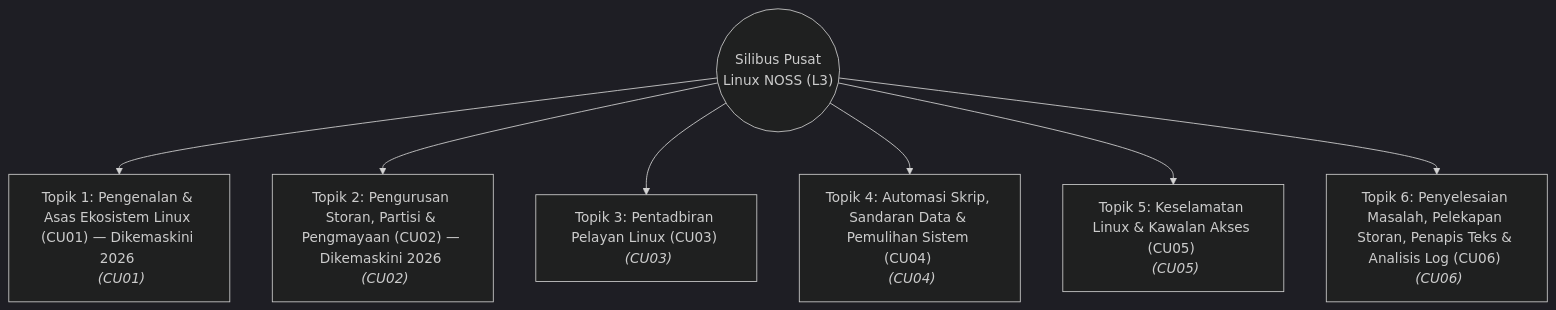
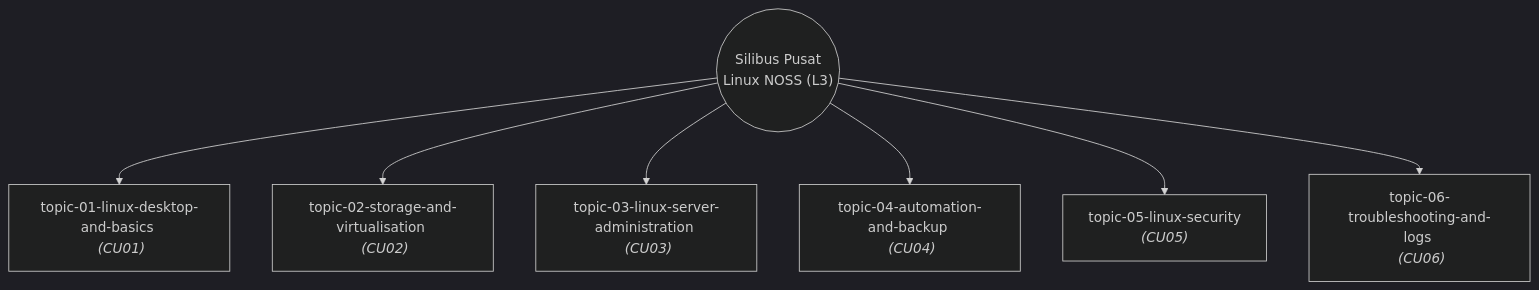
The diagram in openwiki/index.md (linuxmalaysia/all-my-notes-as-linux-sysadmin), drawn with Mermaid (dark theme) before and after one commit. The commit also changed other lines of this file and 164 other files, not shown here.

````diff
--- a/openwiki/index.md
+++ b/openwiki/index.md
@@ -19,17 +19,17 @@
 ```mermaid
 graph TD
     Root(("Silibus Pusat\nLinux NOSS (L3)"))
 
-    T1["Topik 1: Pengenalan & Asas Ekosistem Linux (CU01) — Dikemaskini 2026 <br> <i>(CU01)</i>"]
-    T2["Topik 2: Pengurusan Storan, Partisi & Pengmayaan (CU02) — Dikemaskini 2026 <br> <i>(CU02)</i>"]
-    T3["Topik 3: Pentadbiran Pelayan Linux (CU03) <br> <i>(CU03)</i>"]
-    T4["Topik 4: Automasi Skrip, Sandaran Data & Pemulihan Sistem (CU04) <br> <i>(CU04)</i>"]
-    T5["Topik 5: Keselamatan Linux & Kawalan Akses (CU05) <br> <i>(CU05)</i>"]
-    T6["Topik 6: Penyelesaian Masalah, Pelekapan Storan, Penapis Teks & Analisis Log (CU06) <br> <i>(CU06)</i>"]
+    T1["topic-01-linux-desktop-and-basics <br> <i>(CU01)</i>"]
+    T2["topic-02-storage-and-virtualisation <br> <i>(CU02)</i>"]
+    T3["topic-03-linux-server-administration <br> <i>(CU03)</i>"]
+    T4["topic-04-automation-and-backup <br> <i>(CU04)</i>"]
+    T5["topic-05-linux-security <br> <i>(CU05)</i>"]
+    T6["topic-06-troubleshooting-and-logs <br> <i>(CU06)</i>"]
     Root --> T1
     Root --> T2
     Root --> T3
     Root --> T4
     Root --> T5
     Root --> T6
 ```
````
